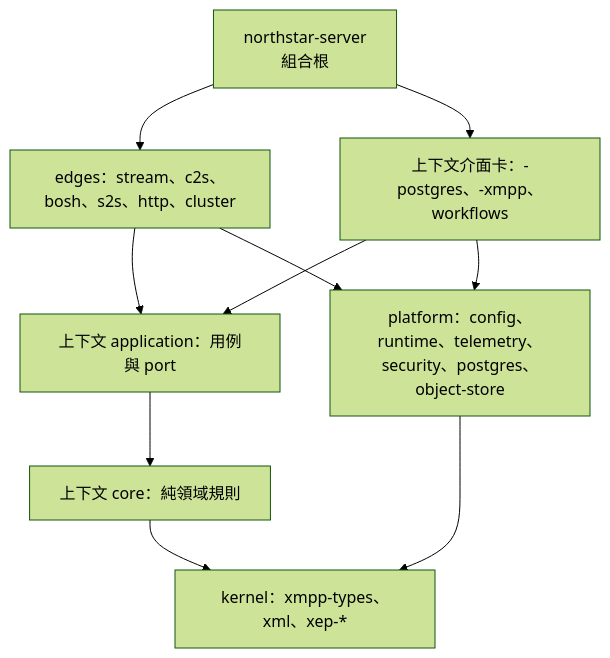
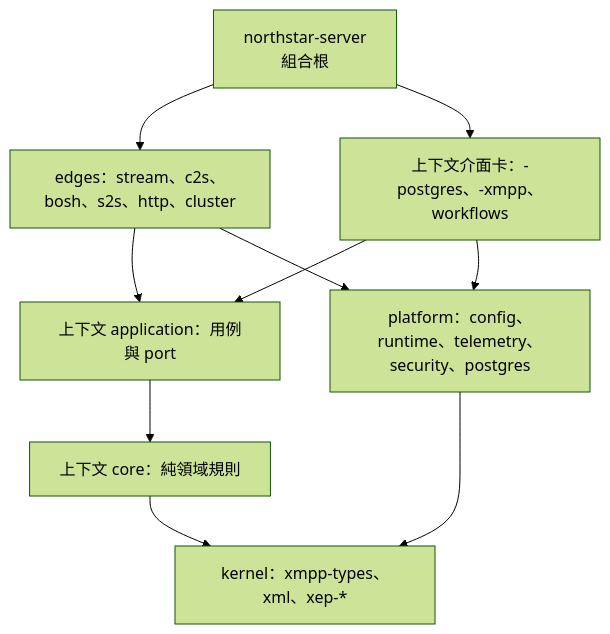
Before and after one commit to takanashi-tetsuya/northstar: the diagram in docs/architecture/target-architecture.zh-TW.md, drawn with Mermaid (forest theme). The commit also changed other lines of this file and 1 other file, not shown here.

````diff
--- a/docs/architecture/target-architecture.zh-TW.md
+++ b/docs/architecture/target-architecture.zh-TW.md
@@ -54,13 +54,13 @@
 ```mermaid
 flowchart TB
   server[northstar-server<br/>組合根] --> edges
   server --> adapters
   edges[edges：stream、c2s、bosh、s2s、http、cluster] --> app
   adapters[上下文介面卡：-postgres、-xmpp、workflows] --> app
   app[上下文 application：用例與 port] --> core
   core[上下文 core：純領域規則] --> kernel
   adapters --> platform
   edges --> platform
-  platform[platform：config、runtime、telemetry、security、postgres、object-store] --> kernel
+  platform[platform：config、runtime、telemetry、security、postgres] --> kernel
   kernel[kernel：xmpp-types、xml、xep-*]
 ```
````
